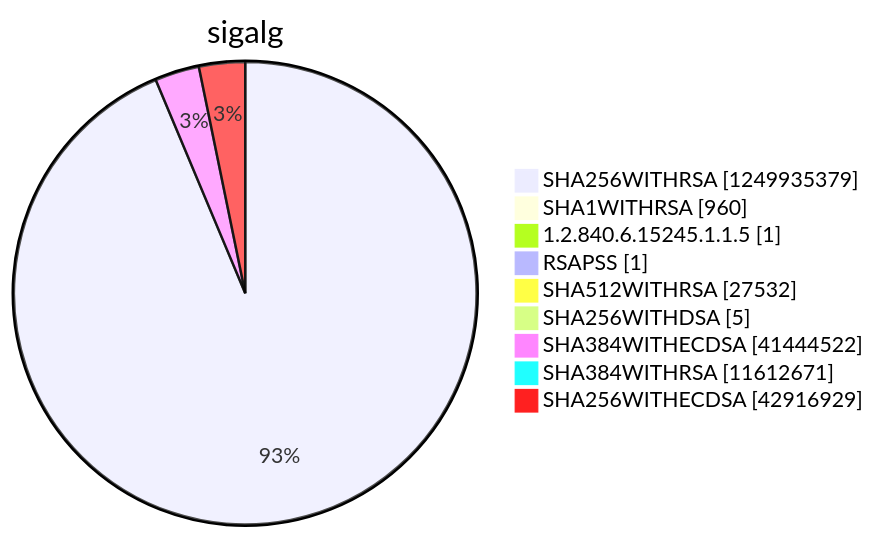
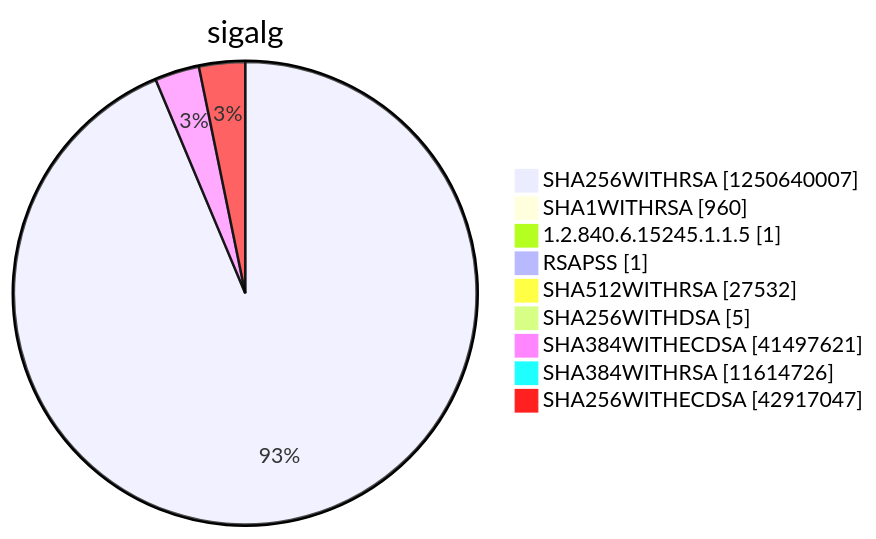
One commit to christiankrug/ctmonitor_visualization changed diagram 15 of 15 in argon2022/README.md. Above: the diagram before and after it, drawn with Mermaid. The commit also changed other lines of this file, not shown here.

````diff
--- a/argon2022/README.md
+++ b/argon2022/README.md
@@ -5522,13 +5522,13 @@
 ```mermaid
 pie showData
 title sigalg
-"SHA256WITHRSA" :1249935379
+"SHA256WITHRSA" :1250640007
 "SHA1WITHRSA" :960
 "1.2.840.6.15245.1.1.5" :1
 "RSAPSS" :1
 "SHA512WITHRSA" :27532
 "SHA256WITHDSA" :5
-"SHA384WITHECDSA" :41444522
-"SHA384WITHRSA" :11612671
-"SHA256WITHECDSA" :42916929
+"SHA384WITHECDSA" :41497621
+"SHA384WITHRSA" :11614726
+"SHA256WITHECDSA" :42917047
 ```
````
